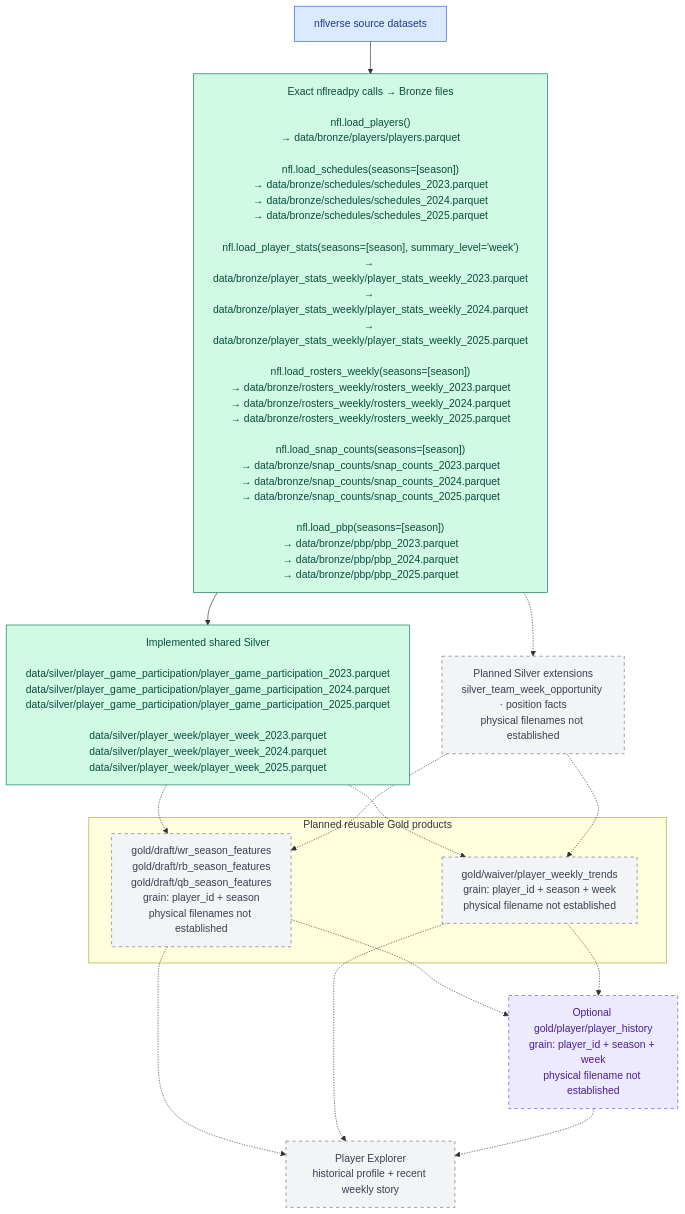
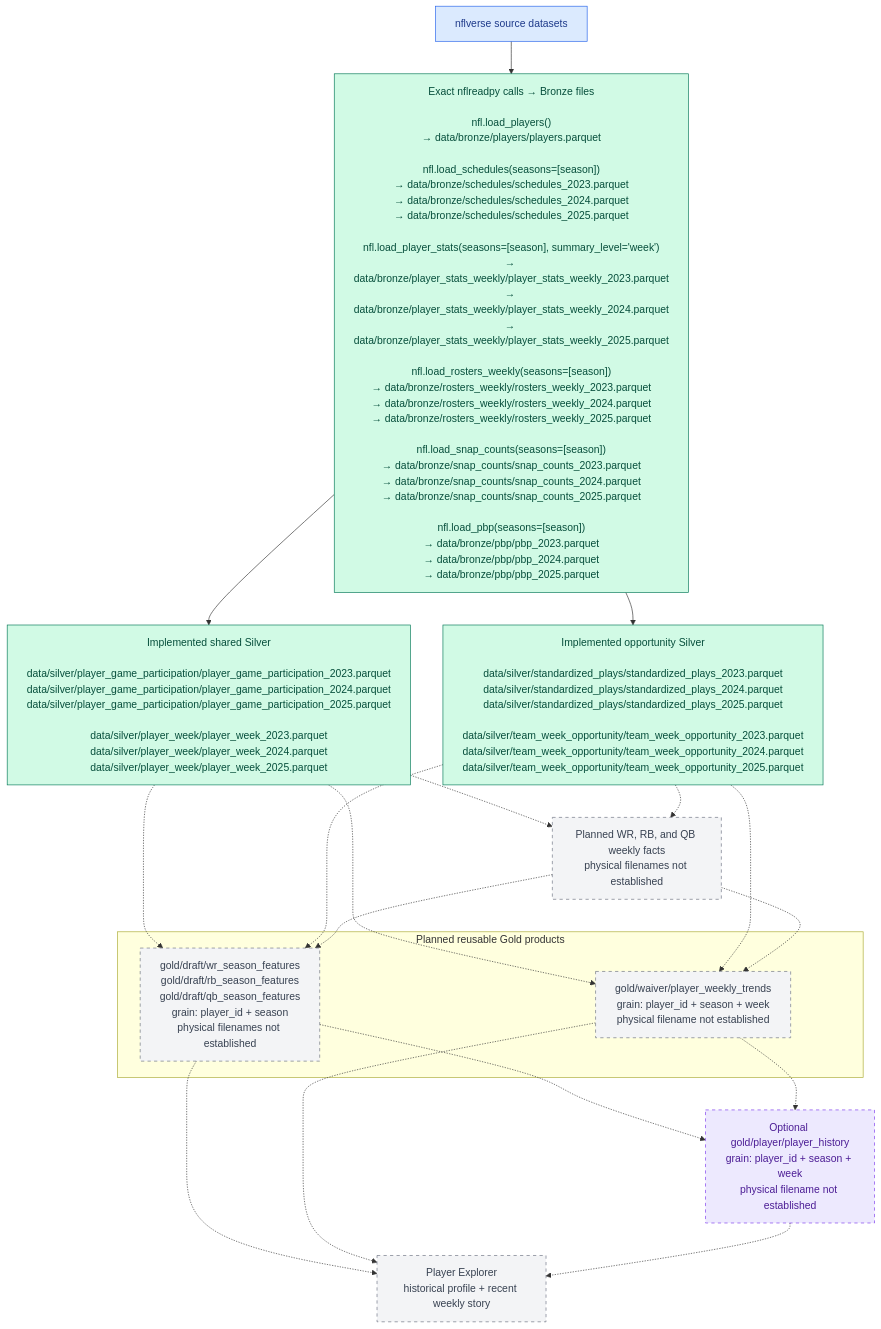
One commit to ddarby15/nfl-dream-lab-app changed the fourth of 4 diagrams in docs/data-lineage-by-gold-product.md. Above: the diagram before and after it, drawn with Mermaid. The commit also changed other lines of this file and 2 other files, not shown here.

Commit message:
create silver plays and team week opportunities notebook

````diff
--- a/docs/data-lineage-by-gold-product.md
+++ b/docs/data-lineage-by-gold-product.md
@@ -147,37 +151,42 @@
 ```mermaid
 flowchart TB
     SOURCE["nflverse source datasets"]
     B_FILES["Exact nflreadpy calls → Bronze files<br/><br/>nfl.load_players()<br/>→ data/bronze/players/players.parquet<br/><br/>nfl.load_schedules(seasons=[season])<br/>→ data/bronze/schedules/schedules_2023.parquet<br/>→ data/bronze/schedules/schedules_2024.parquet<br/>→ data/bronze/schedules/schedules_2025.parquet<br/><br/>nfl.load_player_stats(seasons=[season], summary_level='week')<br/>→ data/bronze/player_stats_weekly/player_stats_weekly_2023.parquet<br/>→ data/bronze/player_stats_weekly/player_stats_weekly_2024.parquet<br/>→ data/bronze/player_stats_weekly/player_stats_weekly_2025.parquet<br/><br/>nfl.load_rosters_weekly(seasons=[season])<br/>→ data/bronze/rosters_weekly/rosters_weekly_2023.parquet<br/>→ data/bronze/rosters_weekly/rosters_weekly_2024.parquet<br/>→ data/bronze/rosters_weekly/rosters_weekly_2025.parquet<br/><br/>nfl.load_snap_counts(seasons=[season])<br/>→ data/bronze/snap_counts/snap_counts_2023.parquet<br/>→ data/bronze/snap_counts/snap_counts_2024.parquet<br/>→ data/bronze/snap_counts/snap_counts_2025.parquet<br/><br/>nfl.load_pbp(seasons=[season])<br/>→ data/bronze/pbp/pbp_2023.parquet<br/>→ data/bronze/pbp/pbp_2024.parquet<br/>→ data/bronze/pbp/pbp_2025.parquet"]
     S_CURRENT["Implemented shared Silver<br/><br/>data/silver/player_game_participation/player_game_participation_2023.parquet<br/>data/silver/player_game_participation/player_game_participation_2024.parquet<br/>data/silver/player_game_participation/player_game_participation_2025.parquet<br/><br/>data/silver/player_week/player_week_2023.parquet<br/>data/silver/player_week/player_week_2024.parquet<br/>data/silver/player_week/player_week_2025.parquet"]
-    S_PLANNED["Planned Silver extensions<br/>silver_team_week_opportunity · position facts<br/>physical filenames not established"]
+    S_OPPORTUNITY["Implemented opportunity Silver<br/><br/>data/silver/standardized_plays/standardized_plays_2023.parquet<br/>data/silver/standardized_plays/standardized_plays_2024.parquet<br/>data/silver/standardized_plays/standardized_plays_2025.parquet<br/><br/>data/silver/team_week_opportunity/team_week_opportunity_2023.parquet<br/>data/silver/team_week_opportunity/team_week_opportunity_2024.parquet<br/>data/silver/team_week_opportunity/team_week_opportunity_2025.parquet"]
+    S_POSITION["Planned WR, RB, and QB weekly facts<br/>physical filenames not established"]
 
     subgraph ExistingGoldShapes["Planned reusable Gold products"]
         G_DRAFT["gold/draft/wr_season_features<br/>gold/draft/rb_season_features<br/>gold/draft/qb_season_features<br/>grain: player_id + season<br/>physical filenames not established"]
         G_WAIVER["gold/waiver/player_weekly_trends<br/>grain: player_id + season + week<br/>physical filename not established"]
     end
 
     G_HISTORY["Optional gold/player/player_history<br/>grain: player_id + season + week<br/>physical filename not established"]
     EXPLORER["Player Explorer<br/>historical profile + recent weekly story"]
 
     SOURCE --> B_FILES --> S_CURRENT
-    B_FILES -.-> S_PLANNED
+    B_FILES --> S_OPPORTUNITY
     S_CURRENT -.-> G_DRAFT
     S_CURRENT -.-> G_WAIVER
-    S_PLANNED -.-> G_DRAFT
-    S_PLANNED -.-> G_WAIVER
+    S_OPPORTUNITY -.-> G_DRAFT
+    S_OPPORTUNITY -.-> G_WAIVER
+    S_CURRENT -.-> S_POSITION
+    S_OPPORTUNITY -.-> S_POSITION
+    S_POSITION -.-> G_DRAFT
+    S_POSITION -.-> G_WAIVER
     G_DRAFT -.-> EXPLORER
     G_WAIVER -.-> EXPLORER
     G_DRAFT -.-> G_HISTORY
     G_WAIVER -.-> G_HISTORY
     G_HISTORY -.-> EXPLORER
 
     classDef source fill:#dbeafe,stroke:#2563eb,color:#1e3a8a;
     classDef built fill:#d1fae5,stroke:#047857,color:#064e3b;
     classDef planned fill:#f3f4f6,stroke:#6b7280,color:#374151,stroke-dasharray:5 5;
     classDef optional fill:#ede9fe,stroke:#7c3aed,color:#4c1d95,stroke-dasharray:5 5;
 
     class SOURCE source;
-    class B_FILES,S_CURRENT built;
-    class S_PLANNED,G_DRAFT,G_WAIVER,EXPLORER planned;
+    class B_FILES,S_CURRENT,S_OPPORTUNITY built;
+    class S_POSITION,G_DRAFT,G_WAIVER,EXPLORER planned;
     class G_HISTORY optional;
 ```
````
